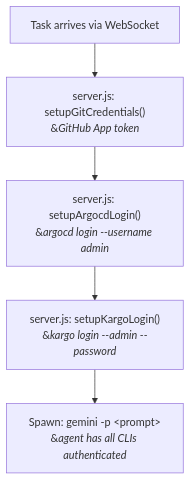
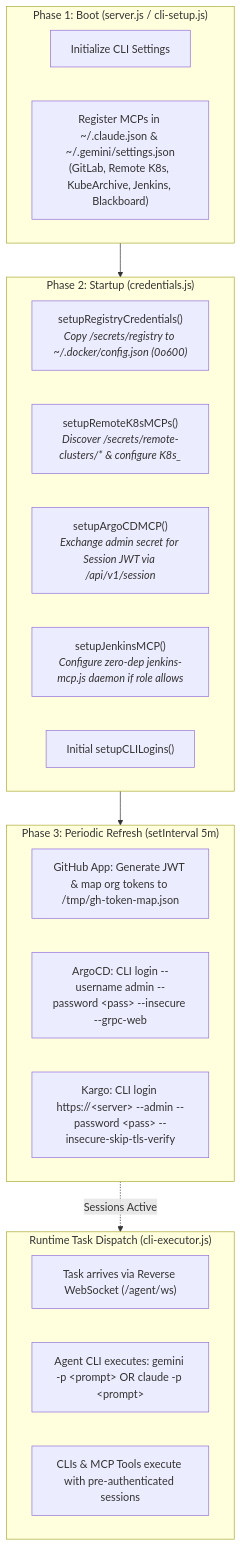
One commit to The-Darwin-Project/Blackboard changed the diagram in docs/README.md. Above: the diagram before and after it, drawn with Mermaid. The commit also changed other lines of this file and 7 other files, not shown here.

````diff
--- a/docs/README.md
+++ b/docs/README.md
@@ -12,10 +28,30 @@
 ```mermaid
 flowchart TD
-    A["Task arrives via WebSocket"]
-    B["server.js: setupGitCredentials()<br/>&#8203;<i>GitHub App token</i>"]
-    C["server.js: setupArgocdLogin()<br/>&#8203;<i>argocd login --username admin</i>"]
-    D["server.js: setupKargoLogin()<br/>&#8203;<i>kargo login --admin --password</i>"]
-    E["Spawn: gemini -p &lt;prompt&gt;<br/>&#8203;<i>agent has all CLIs authenticated</i>"]
+    subgraph Boot ["Phase 1: Boot (server.js / cli-setup.js)"]
+        B1["Initialize CLI Settings"]
+        B2["Register MCPs in ~/.claude.json & ~/.gemini/settings.json<br/>(GitLab, Remote K8s, KubeArchive, Jenkins, Blackboard)"]
+    end
 
-    A --> B --> C --> D --> E
+    subgraph Startup ["Phase 2: Startup (credentials.js)"]
+        S1["setupRegistryCredentials()<br/><i>Copy /secrets/registry to ~/.docker/config.json (0o600)</i>"]
+        S2["setupRemoteK8sMCPs()<br/><i>Discover /secrets/remote-clusters/* & configure K8s_<name></i>"]
+        S3["setupArgoCDMCP()<br/><i>Exchange admin secret for Session JWT via /api/v1/session</i>"]
+        S4["setupJenkinsMCP()<br/><i>Configure zero-dep jenkins-mcp.js daemon if role allows</i>"]
+        S5["Initial setupCLILogins()"]
+    end
+
+    subgraph Background ["Phase 3: Periodic Refresh (setInterval 5m)"]
+        R1["GitHub App: Generate JWT & map org tokens to /tmp/gh-token-map.json"]
+        R2["ArgoCD: CLI login --username admin --password &lt;pass&gt; --insecure --grpc-web"]
+        R3["Kargo: CLI login https://&lt;server&gt; --admin --password &lt;pass&gt; --insecure-skip-tls-verify"]
+    end
+
+    subgraph Dispatch ["Runtime Task Dispatch (cli-executor.js)"]
+        T1["Task arrives via Reverse WebSocket (/agent/ws)"]
+        T2["Agent CLI executes: gemini -p &lt;prompt&gt; OR claude -p &lt;prompt&gt;"]
+        T3["CLIs & MCP Tools execute with pre-authenticated sessions"]
+    end
+
+    Boot --> Startup --> Background
+    Background -.->|Sessions Active| Dispatch
 ```
````
